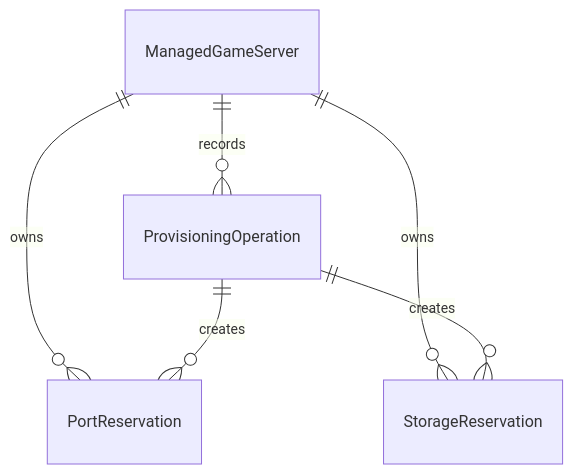
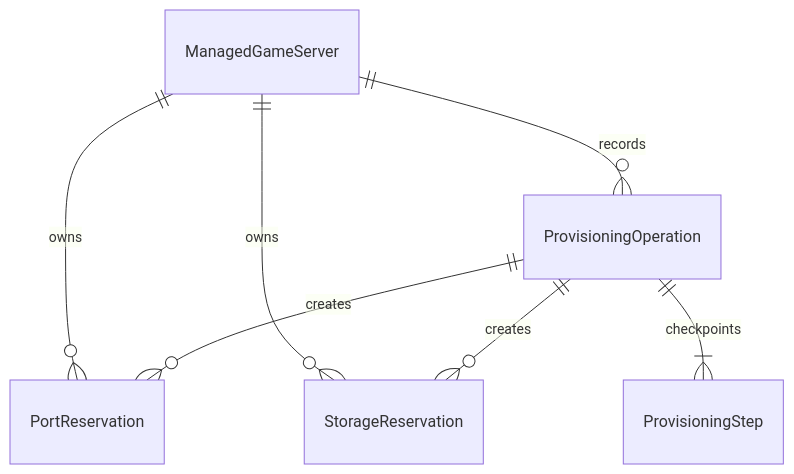
Before and after one commit to alek-0202/GameHud: the diagram in ARCHITECTURE.md, drawn with Mermaid. The commit also changed other lines of this file and 24 other files, not shown here.

````diff
--- a/ARCHITECTURE.md
+++ b/ARCHITECTURE.md
@@ -149,8 +149,9 @@
 ```mermaid
 erDiagram
   ManagedGameServer ||--o{ PortReservation : owns
   ManagedGameServer ||--o{ StorageReservation : owns
   ManagedGameServer ||--o{ ProvisioningOperation : records
   ProvisioningOperation ||--o{ PortReservation : creates
   ProvisioningOperation ||--o{ StorageReservation : creates
+  ProvisioningOperation ||--|{ ProvisioningStep : checkpoints
 ```
````
